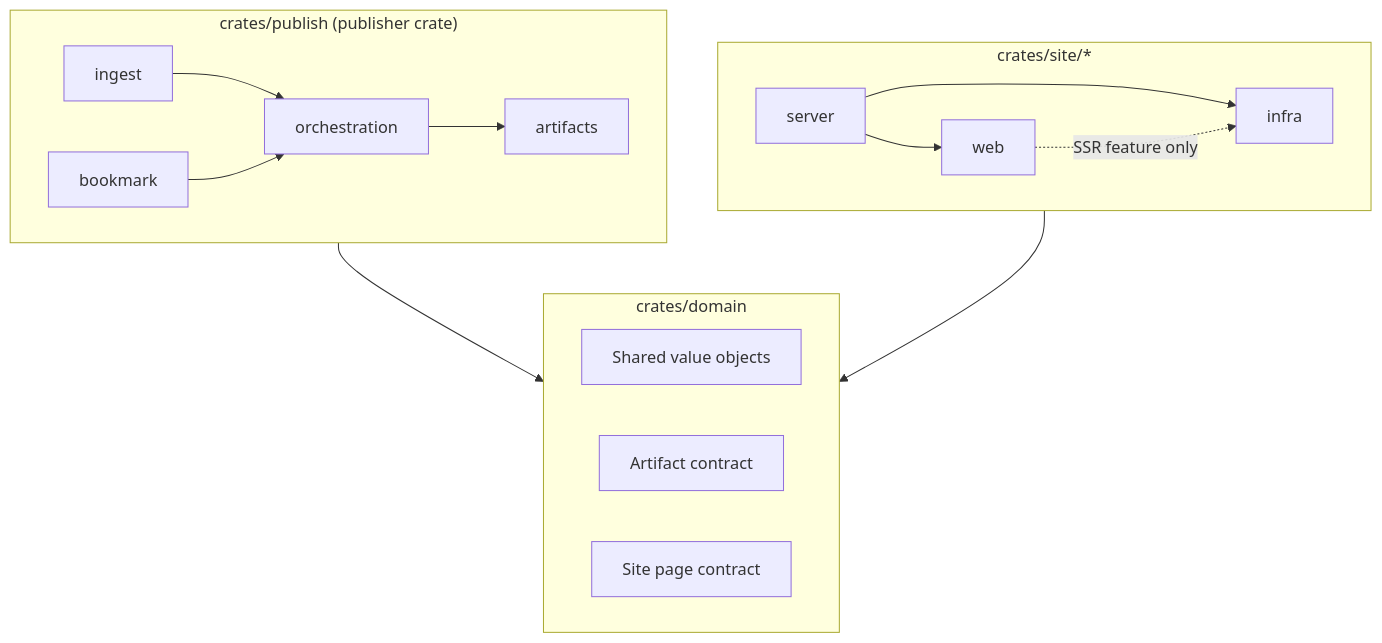
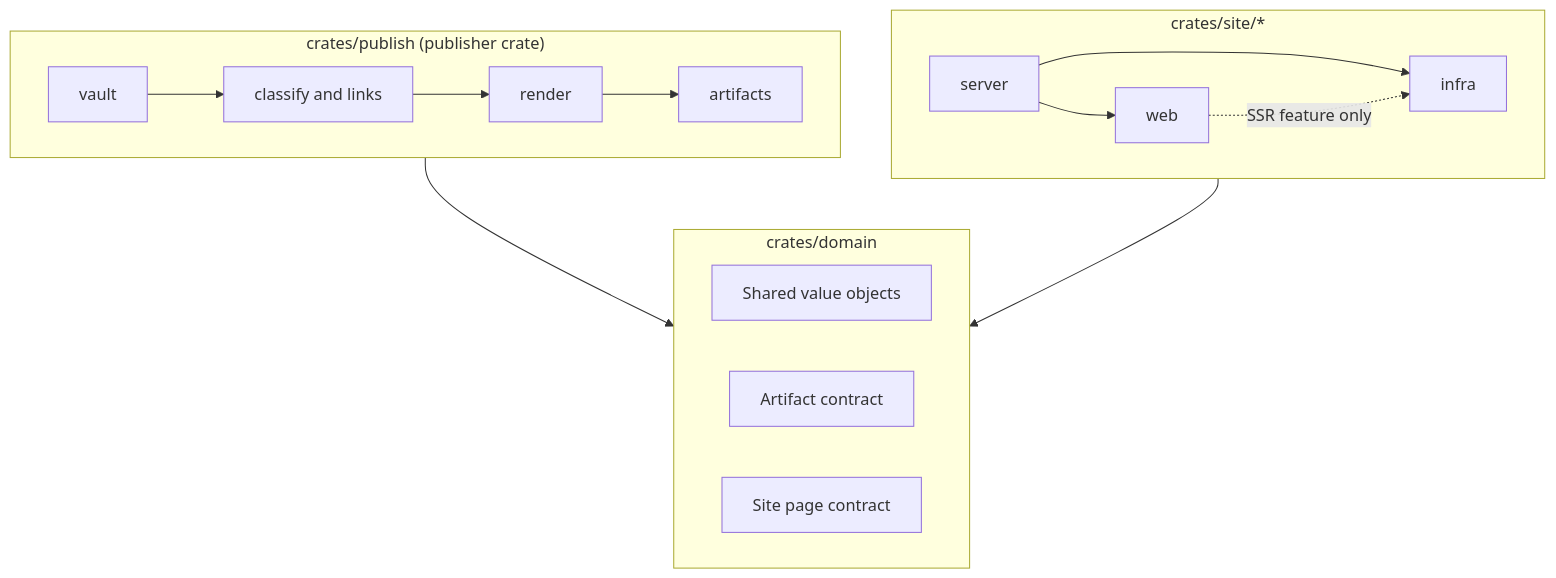
Before and after one commit to okawak/okawak_blog: the second of 4 diagrams in docs/architecture/architecture.md, drawn with Mermaid. The commit also changed other lines of this file and 17 other files, not shown here.

````diff
--- a/docs/architecture/architecture.md
+++ b/docs/architecture/architecture.md
@@ -97,30 +100,30 @@
 ```mermaid
 flowchart TB
     subgraph Domain["crates/domain"]
         D1[Shared value objects]
         D2[Artifact contract]
         D3[Site page contract]
     end
 
     subgraph Publish["crates/publish (publisher crate)"]
-        P1[ingest]
-        P2[bookmark]
-        P3[orchestration]
+        P1[vault]
+        P2[classify and links]
+        P3[render]
         P4[artifacts]
     end
 
     subgraph Site["crates/site/*"]
         S1[infra]
         S2[server]
         S3[web]
     end
 
     Publish --> Domain
     Site --> Domain
-    P1 --> P3
+    P1 --> P2
     P2 --> P3
     P3 --> P4
     S2 --> S1
     S2 --> S3
     S3 -. "SSR feature only" .-> S1
 ```
````
